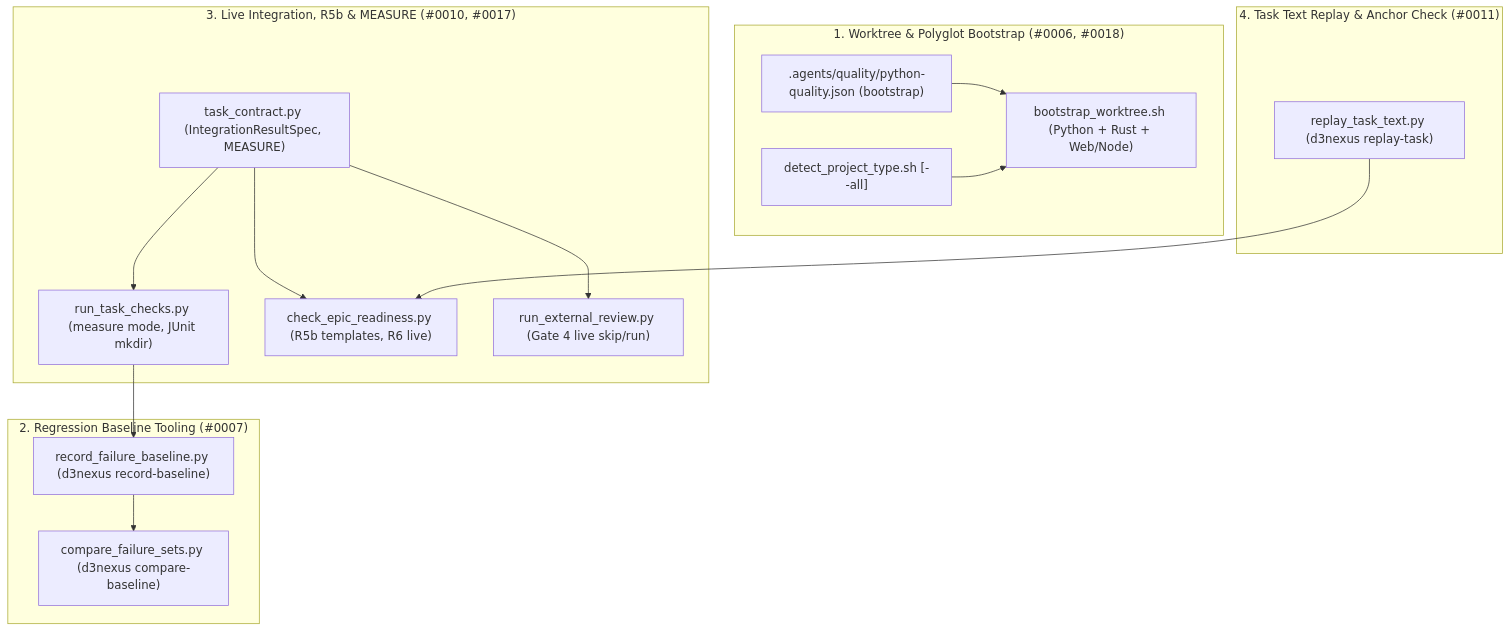
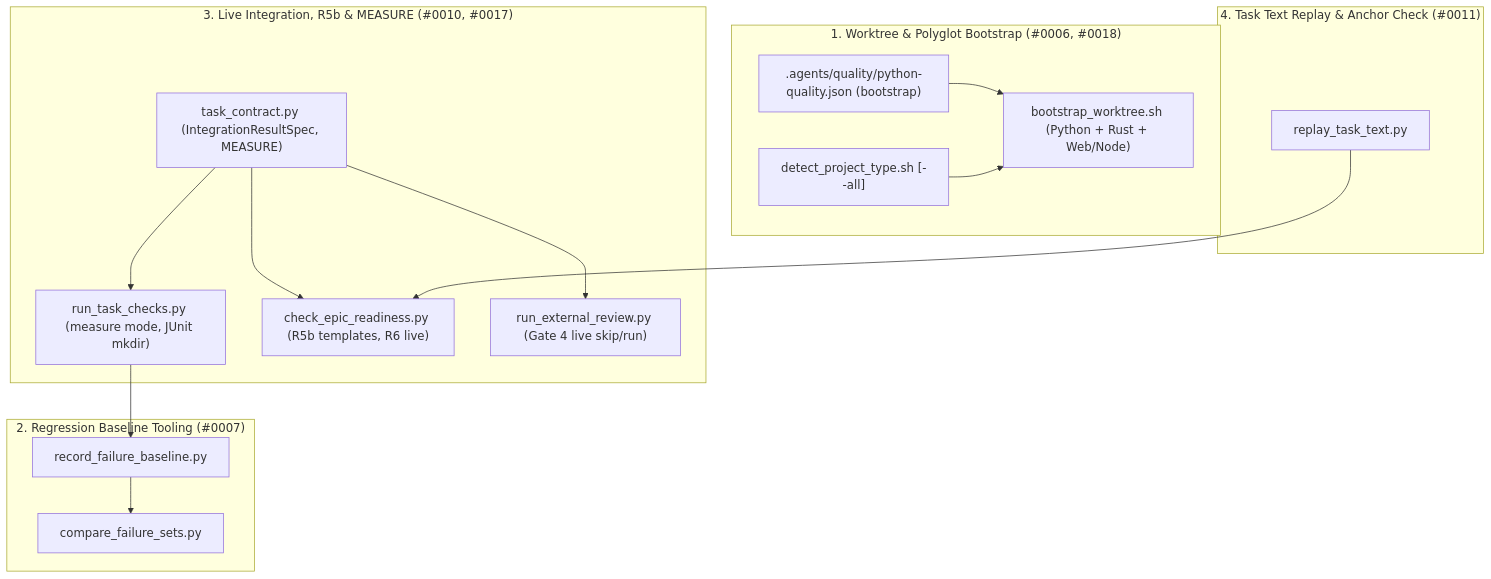
Before and after one commit to DanhDue/ai-agent-tools: the diagram in .devtool/epic/execution_and_verification_infrastructure/2026-11-06-execution-and-verification-infrastructure-design.en.md, drawn with Mermaid. The commit also changed other lines of this file and 13 other files, not shown here.

````diff
--- a/.devtool/epic/execution_and_verification_infrastructure/2026-11-06-execution-and-verification-infrastructure-design.en.md
+++ b/.devtool/epic/execution_and_verification_infrastructure/2026-11-06-execution-and-verification-infrastructure-design.en.md
@@ -57,32 +57,32 @@
 ```mermaid
 flowchart TD
     subgraph BOOT["1. Worktree & Polyglot Bootstrap (#0006, #0018)"]
         PY_JSON[".agents/quality/python-quality.json (bootstrap)"]
         DETECT["detect_project_type.sh [--all]"]
         WT_SH["bootstrap_worktree.sh (Python + Rust + Web/Node)"]
     end
 
     subgraph REGRESSION["2. Regression Baseline Tooling (#0007)"]
-        REC_PY["record_failure_baseline.py (d3nexus record-baseline)"]
-        CMP_PY["compare_failure_sets.py (d3nexus compare-baseline)"]
+        REC_PY["record_failure_baseline.py"]
+        CMP_PY["compare_failure_sets.py"]
     end
 
     subgraph CONTRACT["3. Live Integration, R5b & MEASURE (#0010, #0017)"]
         TC_PY["task_contract.py (IntegrationResultSpec, MEASURE)"]
         RTC_PY["run_task_checks.py (measure mode, JUnit mkdir)"]
         CER_PY["check_epic_readiness.py (R5b templates, R6 live)"]
         RER_PY["run_external_review.py (Gate 4 live skip/run)"]
     end
 
     subgraph REPLAY["4. Task Text Replay & Anchor Check (#0011)"]
-        RPL_PY["replay_task_text.py (d3nexus replay-task)"]
+        RPL_PY["replay_task_text.py"]
     end
 
     PY_JSON --> WT_SH
     DETECT --> WT_SH
     TC_PY --> RTC_PY
     TC_PY --> CER_PY
     TC_PY --> RER_PY
     RPL_PY --> CER_PY
     RTC_PY --> REC_PY --> CMP_PY
 ```
````
